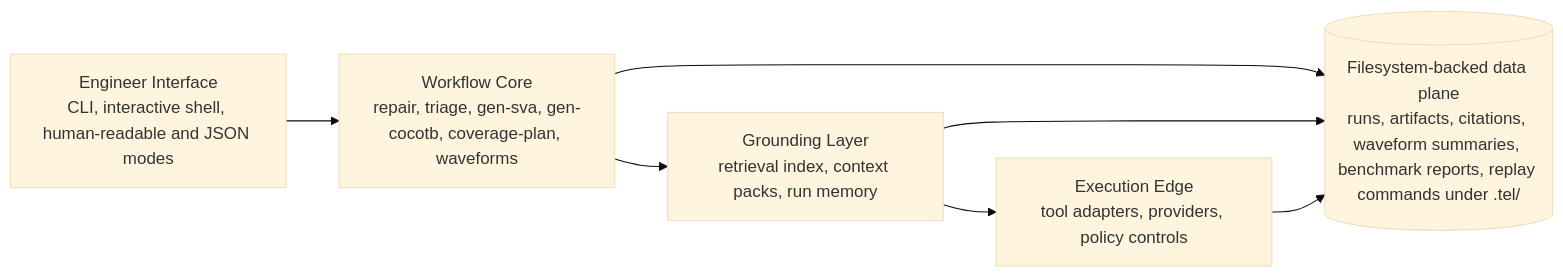
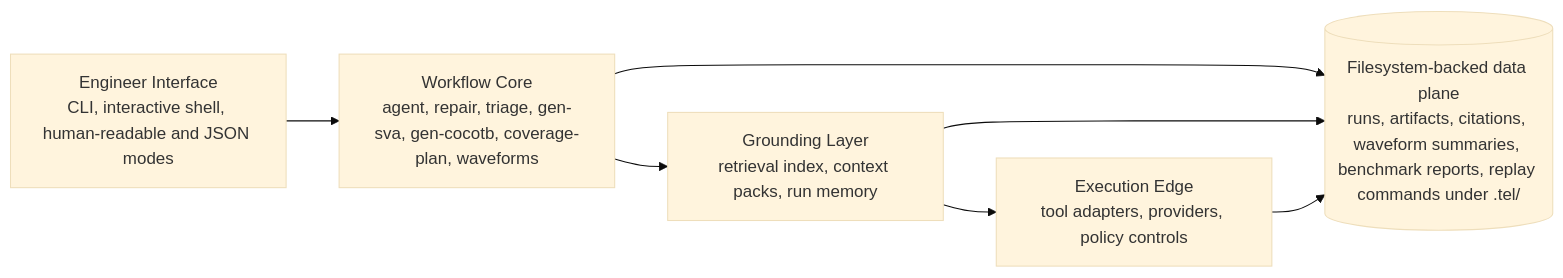
Before and after one commit to ivanbard/telchines: the second of 2 diagrams in README.md, drawn with Mermaid (base theme). The commit also changed other lines of this file and 13 other files, not shown here.

Commit message:
Add review-gated agent workflow

````diff
--- a/README.md
+++ b/README.md
@@ -107,15 +108,15 @@
 ```mermaid
 flowchart LR
     interface["Engineer Interface<br/>CLI, interactive shell, human-readable and JSON modes"]
-    core["Workflow Core<br/>repair, triage, gen-sva, gen-cocotb, coverage-plan, waveforms"]
+    core["Workflow Core<br/>agent, repair, triage, gen-sva, gen-cocotb, coverage-plan, waveforms"]
     grounding["Grounding Layer<br/>retrieval index, context packs, run memory"]
     edge["Execution Edge<br/>tool adapters, providers, policy controls"]
     dataplane[("Filesystem-backed data plane<br/>runs, artifacts, citations, waveform summaries, benchmark reports, replay commands under .tel/")]
 
     interface --> core
     core --> grounding
     grounding --> edge
     core --> dataplane
     grounding --> dataplane
     edge --> dataplane
 ```
````
